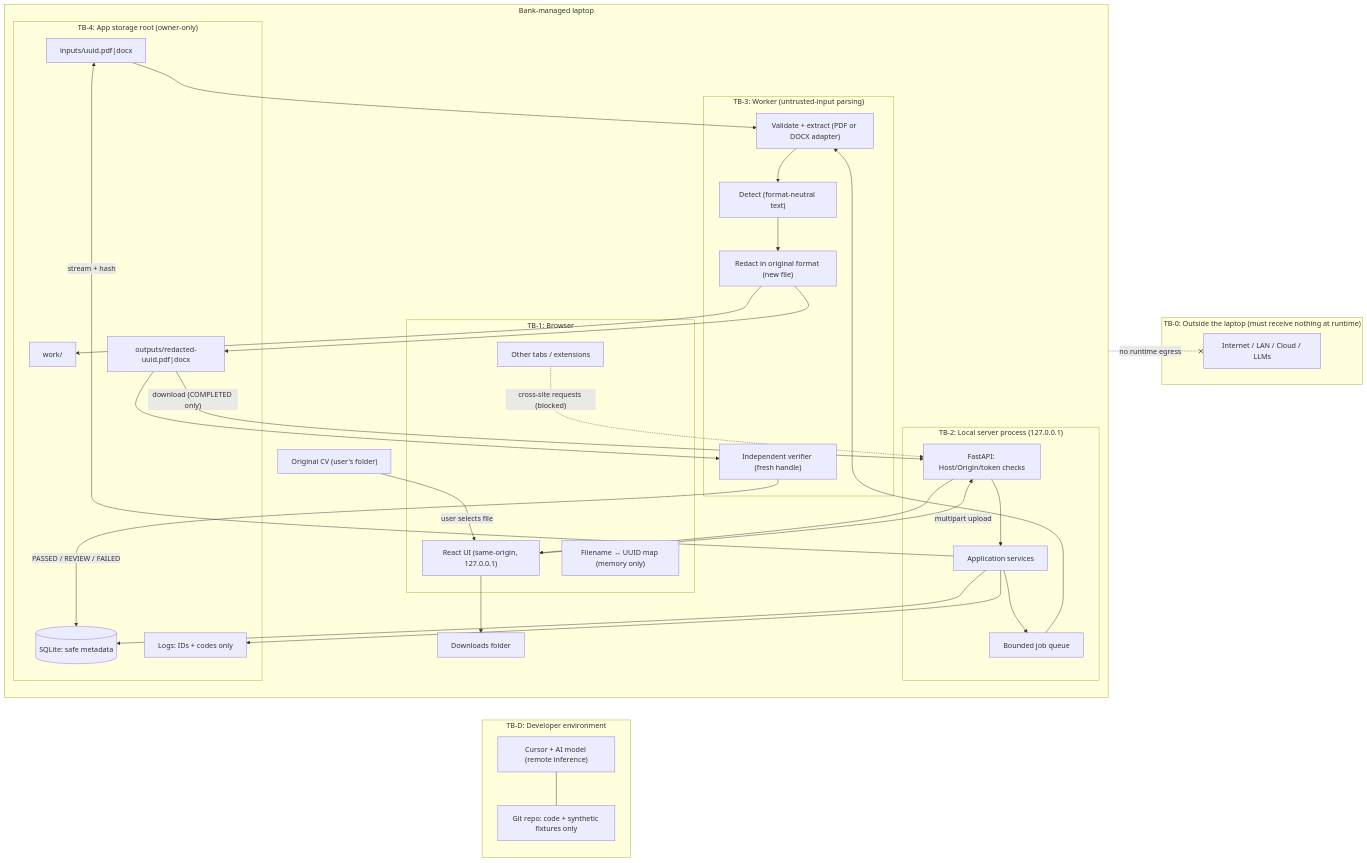
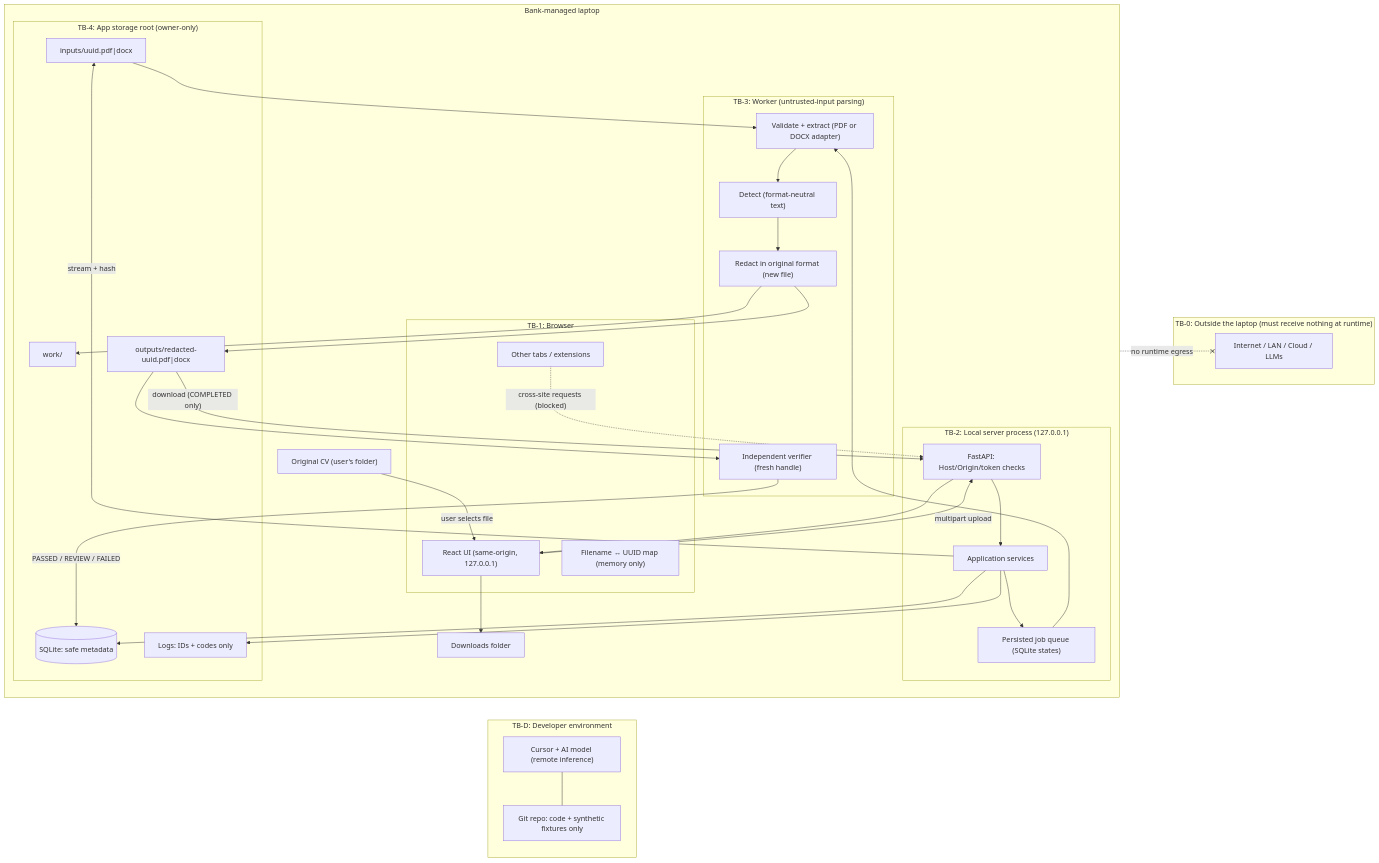
Before and after one commit to nghiatran0401/cv-masking: the diagram in THREAT_MODEL.md, drawn with Mermaid. The commit also changed other lines of this file and 59 other files, not shown here.

Commit message:
feat(queue): single isolated worker process with persisted queue, time budget, recovery, cancel, and findings review endpoints (Stage 12)

````diff
--- a/THREAT_MODEL.md
+++ b/THREAT_MODEL.md
@@ -45,56 +45,56 @@
 ```mermaid
 flowchart LR
     subgraph TB0["TB-0: Outside the laptop (must receive nothing at runtime)"]
         NET["Internet / LAN / Cloud / LLMs"]
     end
 
     subgraph DEV["TB-D: Developer environment"]
         CURSOR["Cursor + AI model (remote inference)"]
         REPO["Git repo: code + synthetic fixtures only"]
     end
 
     subgraph LAPTOP["Bank-managed laptop"]
         SRC["Original CV (user's folder)"]
         subgraph TB1["TB-1: Browser"]
             UI["React UI (same-origin, 127.0.0.1)"]
             MAP["Filename ↔ UUID map (memory only)"]
             EVIL["Other tabs / extensions"]
         end
         subgraph TB2["TB-2: Local server process (127.0.0.1)"]
             API["FastAPI: Host/Origin/token checks"]
             SVC["Application services"]
-            Q["Bounded job queue"]
+            Q["Persisted job queue (SQLite states)"]
         end
         subgraph TB3["TB-3: Worker (untrusted-input parsing)"]
             VAL["Validate + extract (PDF or DOCX adapter)"]
             DET["Detect (format-neutral text)"]
             RED["Redact in original format (new file)"]
             VER["Independent verifier (fresh handle)"]
         end
         subgraph TB4["TB-4: App storage root (owner-only)"]
             IN["inputs/uuid.pdf|docx"]
             WORK["work/"]
             OUT["outputs/redacted-uuid.pdf|docx"]
             DB[("SQLite: safe metadata")]
             LOG["Logs: IDs + codes only"]
         end
         DL["Downloads folder"]
     end
 
     SRC -->|"user selects file"| UI
     UI -->|"multipart upload"| API
     API --> SVC --> Q
     SVC -->|"stream + hash"| IN
     SVC --> DB
     Q --> VAL
     IN --> VAL --> DET --> RED
     RED --> WORK
     RED --> OUT
     OUT --> VER
     VER -->|"PASSED / REVIEW / FAILED"| DB
     OUT -->|"download (COMPLETED only)"| API --> UI --> DL
     SVC --> LOG
     EVIL -.->|"cross-site requests (blocked)"| API
     CURSOR --- REPO
     LAPTOP -.-x|"no runtime egress"| NET
 ```
````
